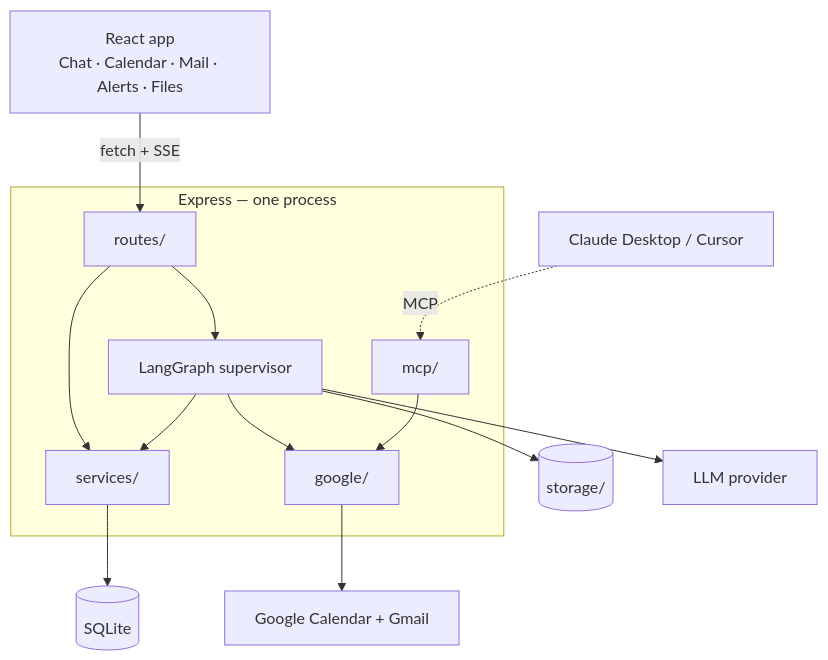
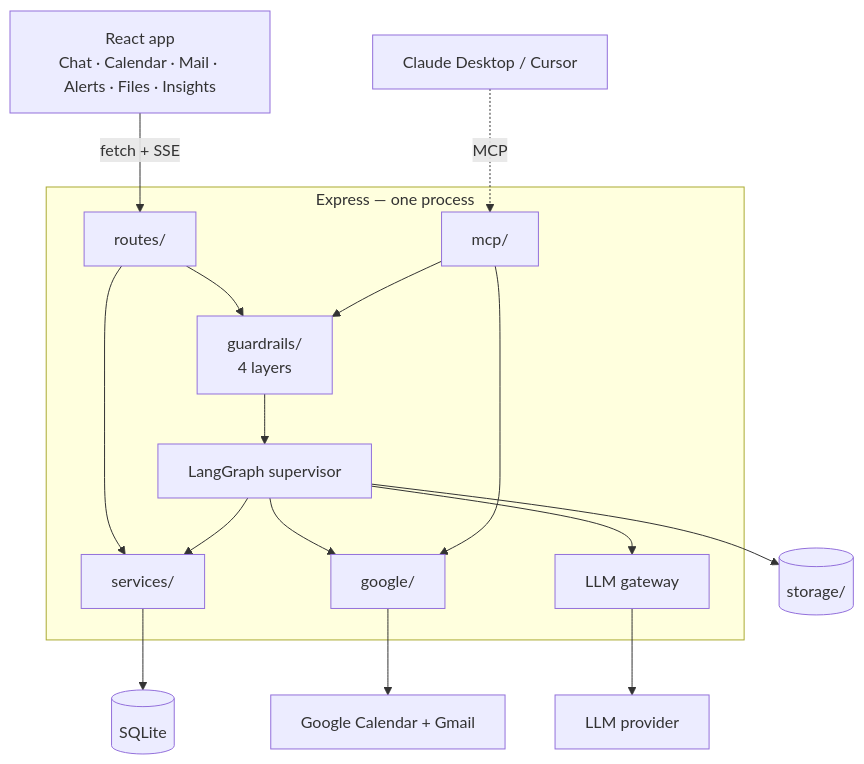
One commit to X-Rachit-X/AI_Secretary changed the diagram in README.md. Above: the diagram before and after it, drawn with Mermaid. The commit also changed other lines of this file and 30 other files, not shown here.

````diff
--- a/README.md
+++ b/README.md
@@ -85,30 +90,35 @@
 ```mermaid
 graph TB
-    UI["React app<br/>Chat · Calendar · Mail · Alerts · Files"]
+    UI["React app<br/>Chat · Calendar · Mail · Alerts · Files · Insights"]
 
     subgraph API["Express — one process"]
         ROUTES["routes/"]
+        GUARD["guardrails/<br/>4 layers"]
         GRAPH["LangGraph supervisor"]
+        GW["LLM gateway"]
         SVC["services/"]
         GOOGLE["google/"]
         MCP["mcp/"]
     end
 
     DB[("SQLite")]
     FILES[("storage/")]
     LLM["LLM provider"]
     GAPI["Google Calendar + Gmail"]
 
     UI -->|"fetch + SSE"| ROUTES
-    ROUTES --> GRAPH
+    ROUTES --> GUARD
+    GUARD --> GRAPH
     ROUTES --> SVC
     GRAPH --> SVC
     GRAPH --> GOOGLE
-    GRAPH --> LLM
+    GRAPH --> GW
+    GW --> LLM
     GRAPH --> FILES
+    MCP --> GUARD
     MCP --> GOOGLE
     GOOGLE --> GAPI
     SVC --> DB
 
     HOST["Claude Desktop / Cursor"] -.->|"MCP"| MCP
 ```
````
